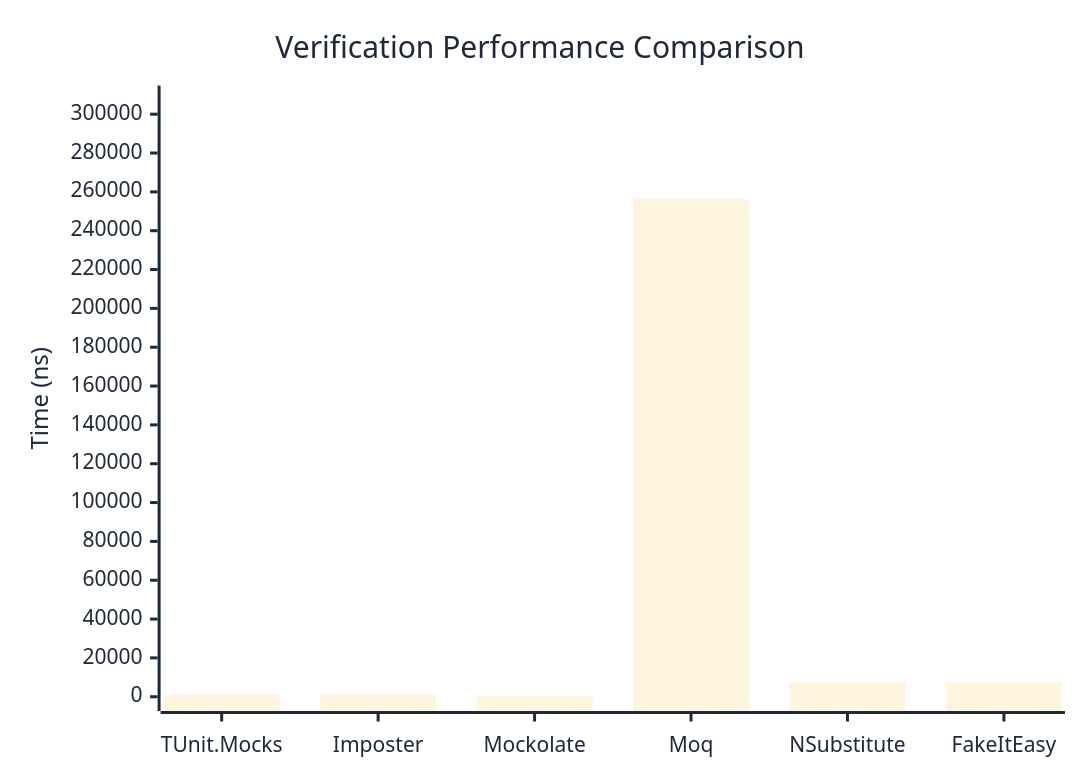
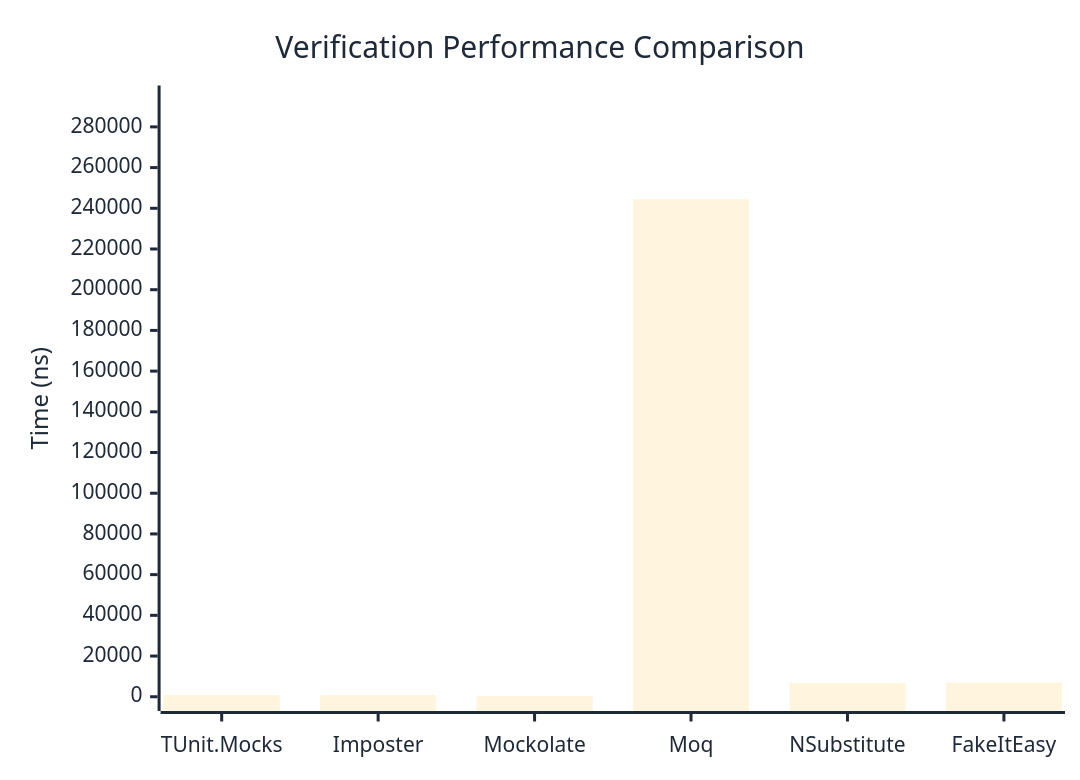
The first of 3 diagrams in docs/docs/benchmarks/mocks/Verification.md (thomhurst/TUnit), drawn with Mermaid before and after one commit. The commit also changed other lines of this file and 14 other files, not shown here.

````diff
--- a/docs/docs/benchmarks/mocks/Verification.md
+++ b/docs/docs/benchmarks/mocks/Verification.md
@@ -30,27 +30,27 @@
 ```mermaid
 %%{init: {
   'theme':'base',
   'themeVariables': {
     'primaryColor': '#2563eb',
     'primaryTextColor': '#1f2937',
     'primaryBorderColor': '#1e40af',
     'lineColor': '#6b7280',
     'secondaryColor': '#7c3aed',
     'tertiaryColor': '#dc2626',
     'background': '#ffffff',
     'pie1': '#2563eb',
     'pie2': '#7c3aed',
     'pie3': '#dc2626',
     'pie4': '#f59e0b',
     'pie5': '#10b981',
     'pie6': '#06b6d4',
     'pie7': '#ec4899',
     'pie8': '#6366f1'
   }
 }}%%
 xychart-beta
   title "Verification Performance Comparison"
   x-axis ["TUnit.Mocks", "Imposter", "Mockolate", "Moq", "NSubstitute", "FakeItEasy"]
-  y-axis "Time (ns)" 0 --> 307438
-  bar [996.63, 1029.9, 582.88, 256197.99, 7438.36, 7377.24]
+  y-axis "Time (ns)" 0 --> 293332
+  bar [792.51, 777.88, 416.72, 244443.23, 6854.15, 6928.96]
 ```
````
